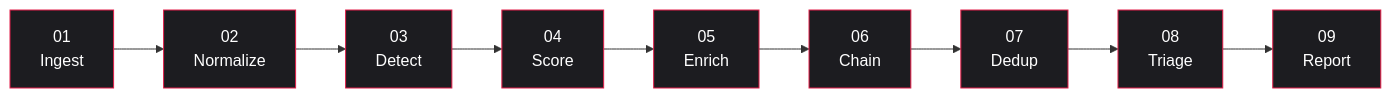
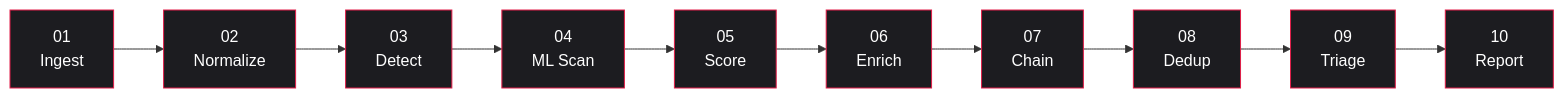
The first of 4 diagrams in README.md (12vethamithran/NOCTRA-AI-Autonomous-SOC-Platform), drawn with Mermaid before and after one commit. The commit also changed other lines of this file and 9 other files, not shown here.

````diff
--- a/README.md
+++ b/README.md
@@ -87,14 +89,15 @@
 ```mermaid
 flowchart LR
     A[01<br/>Ingest] --> B[02<br/>Normalize]
     B --> C[03<br/>Detect]
-    C --> D[04<br/>Score]
-    D --> E[05<br/>Enrich]
-    E --> F[06<br/>Chain]
-    F --> X[07<br/>Dedup]
-    X --> G[08<br/>Triage]
-    G --> H[09<br/>Report]
+    C --> D[04<br/>ML Scan]
+    D --> E[05<br/>Score]
+    E --> F[06<br/>Enrich]
+    F --> G[07<br/>Chain]
+    G --> X[08<br/>Dedup]
+    X --> H[09<br/>Triage]
+    H --> I[10<br/>Report]
 
     classDef stage fill:#1c1c20,stroke:#e11d48,color:#fff
-    class A,B,C,D,E,F,X,G,H stage
+    class A,B,C,D,E,F,G,X,H,I stage
 ```
````
